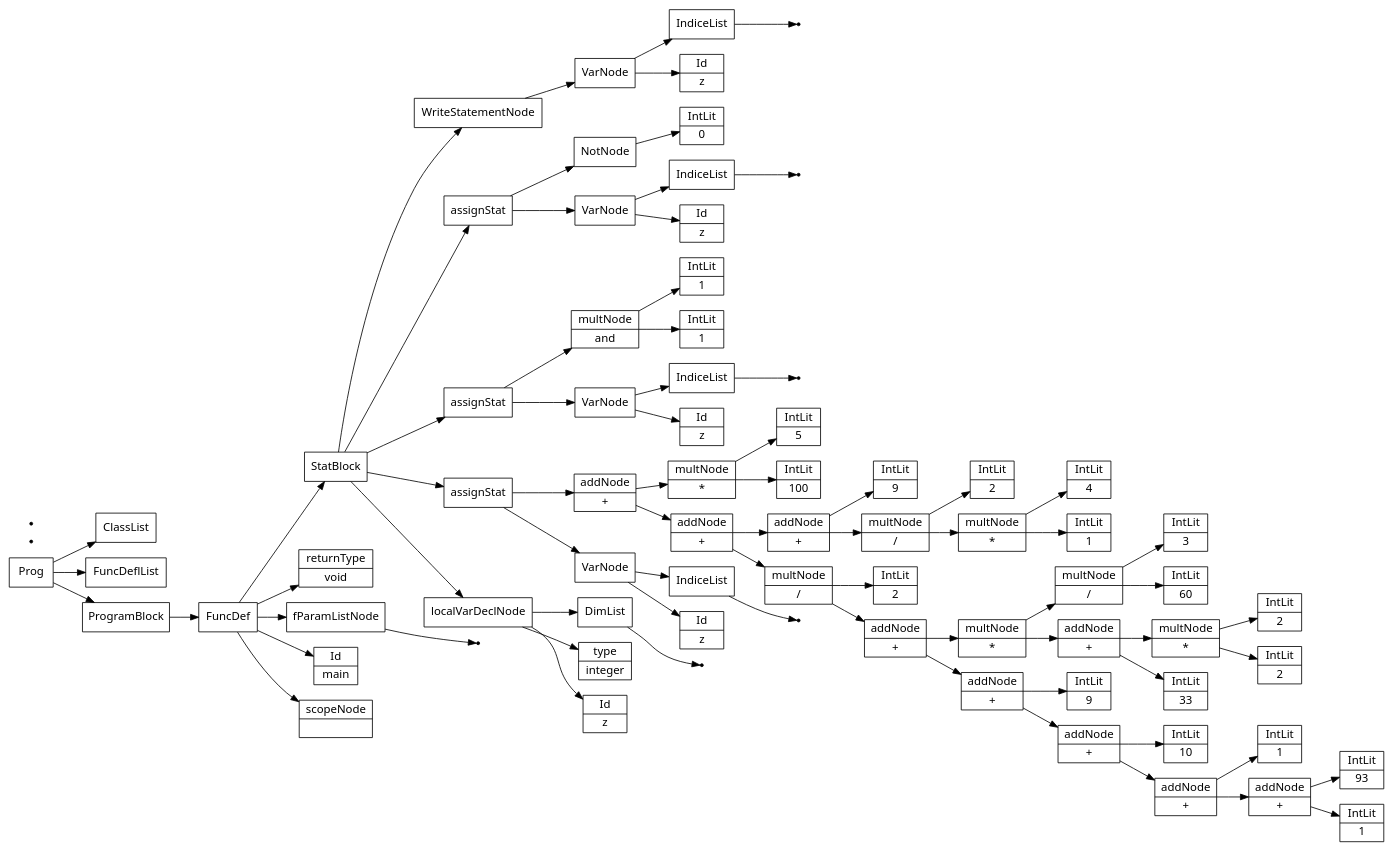
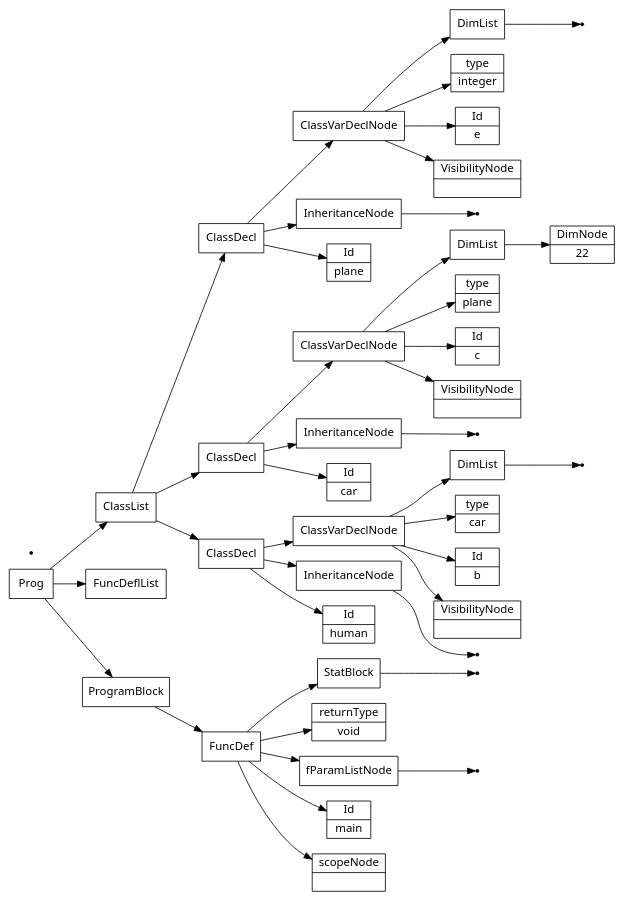
Before and after one commit to Saf1u/Kompiler: the diagram in files/semantictests/testc.src.ast.dot, drawn with Graphviz. The commit also changed 9 other files, not shown here.

```diff
--- a/files/semantictests/testc.src.ast.dot
+++ b/files/semantictests/testc.src.ast.dot
@@ -1,153 +1,88 @@
 digraph AST {
 node [shape=record];
  node [fontname=Sans];charset="UTF-8" splines=true splines=spline rankdir =LR ordering="out"
 1[label="scopeNode| "];
 none3[shape="point"];
 4[label="fParamListNode"];
 4->none3;
 5[label="returnType|void"];
-7[label="Id|z"];
-8[label="type|integer"];
-none10[shape="point"];
-11[label="DimList"];
-11->none10;
-12[label="localVarDeclNode"];
-12->11;
-12->8;
-12->7;
-13[label="Id|z"];
-none15[shape="point"];
-16[label="IndiceList"];
-16->none15;
-17[label="VarNode"];
-17->16;
-17->13;
-18[label="IntLit|1"];
-19[label="addNode|+"];
-20[label="IntLit|93"];
-19->20;
-19->18;
-21[label="addNode|+"];
-22[label="IntLit|1"];
-21->22;
-21->19;
-23[label="addNode|+"];
-24[label="IntLit|10"];
-23->24;
-23->21;
-25[label="addNode|+"];
-26[label="IntLit|9"];
-25->26;
-25->23;
-27[label="addNode|+"];
-28[label="IntLit|33"];
-29[label="addNode|+"];
-30[label="IntLit|2"];
-31[label="multNode|*"];
-32[label="IntLit|2"];
-31->32;
+none7[shape="point"];
+8[label="StatBlock"];
+8->none7;
+9[label="FuncDef"];
+0[label="Id|main"];
+9->8;
+9->5;
+9->4;
+9->0;
+9->1;
+10[label="Id|human"];
+none12[shape="point"];
+13[label="InheritanceNode"];
+13->none12;
+14[label="VisibilityNode|"];
+15[label="Id|b"];
+16[label="type|car"];
+none18[shape="point"];
+19[label="DimList"];
+19->none18;
+20[label="ClassVarDeclNode"];
+20->19;
+20->16;
+20->15;
+20->14;
+21[label="ClassDecl"];
+21->20;
+21->13;
+21->10;
+22[label="Id|car"];
+none24[shape="point"];
+25[label="InheritanceNode"];
+25->none24;
+26[label="VisibilityNode|"];
+27[label="Id|c"];
+28[label="type|plane"];
+30[label="DimNode|22"];
+31[label="DimList"];
 31->30;
-29->31;
-29->28;
-33[label="multNode|*"];
-34[label="IntLit|60"];
-35[label="multNode|/"];
-36[label="IntLit|3"];
-35->36;
-35->34;
-33->35;
-33->29;
-27->33;
-27->25;
-37[label="multNode|/"];
-38[label="IntLit|2"];
-37->38;
-37->27;
-39[label="addNode|+"];
-40[label="IntLit|1"];
-41[label="multNode|*"];
-42[label="IntLit|4"];
-41->42;
-41->40;
-43[label="multNode|/"];
-44[label="IntLit|2"];
-43->44;
-43->41;
-45[label="addNode|+"];
-46[label="IntLit|9"];
-45->46;
-45->43;
-39->45;
-39->37;
-47[label="addNode|+"];
-48[label="IntLit|100"];
-49[label="multNode|*"];
-50[label="IntLit|5"];
-49->50;
-49->48;
-47->49;
-47->39;
-51[label="assignStat"];
-51->47;
-51->17;
-52[label="Id|z"];
-none54[shape="point"];
-55[label="IndiceList"];
-55->none54;
-56[label="VarNode"];
-56->55;
-56->52;
-57[label="IntLit|1"];
-58[label="multNode|and"];
-59[label="IntLit|1"];
-58->59;
-58->57;
-60[label="assignStat"];
-60->58;
-60->56;
-61[label="Id|z"];
-none63[shape="point"];
-64[label="IndiceList"];
-64->none63;
-65[label="VarNode"];
-65->64;
-65->61;
-66[label="IntLit|0"];
-67[label="NotNode"];
-67->66;
-68[label="assignStat"];
-68->67;
-68->65;
-69[label="Id|z"];
-none71[shape="point"];
-72[label="IndiceList"];
-72->none71;
-73[label="VarNode"];
-73->72;
-73->69;
-74[label="WriteStatementNode"];
-74->73;
-75[label="StatBlock"];
-75->74;
-75->68;
-75->60;
-75->51;
-75->12;
-76[label="FuncDef"];
-0[label="Id|main"];
-76->75;
-76->5;
-76->4;
-76->0;
-76->1;
-77[label="ClassList"];
-78[label="FuncDeflList"];
-79[label="Prog"];
-80[label="ProgramBlock"];
-80->76;
-none81[shape="point"];
-none82[shape="point"];
-79->77;
-79->78;
-79->80;
+32[label="ClassVarDeclNode"];
+32->31;
+32->28;
+32->27;
+32->26;
+33[label="ClassDecl"];
+33->32;
+33->25;
+33->22;
+34[label="Id|plane"];
+none36[shape="point"];
+37[label="InheritanceNode"];
+37->none36;
+38[label="VisibilityNode|"];
+39[label="Id|e"];
+40[label="type|integer"];
+none42[shape="point"];
+43[label="DimList"];
+43->none42;
+44[label="ClassVarDeclNode"];
+44->43;
+44->40;
+44->39;
+44->38;
+45[label="ClassDecl"];
+45->44;
+45->37;
+45->34;
+46[label="ClassList"];
+47[label="FuncDeflList"];
+48[label="Prog"];
+49[label="ProgramBlock"];
+46->45;
+46->33;
+46->21;
+49->9;
+none50[shape="point"];
+48->46;
+48->47;
+48->49;
 }
```
